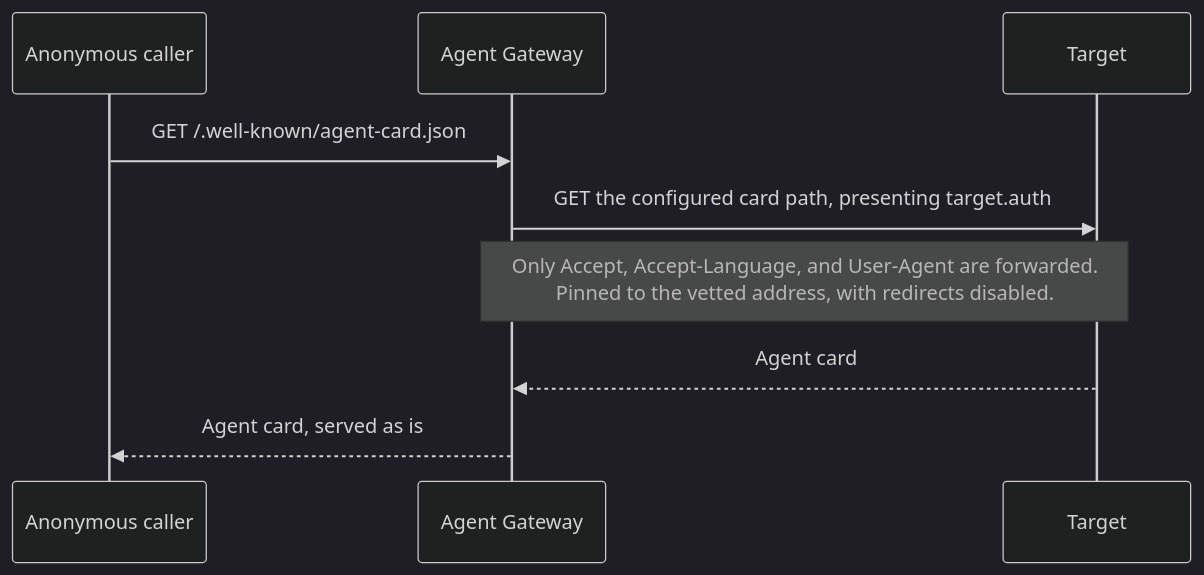
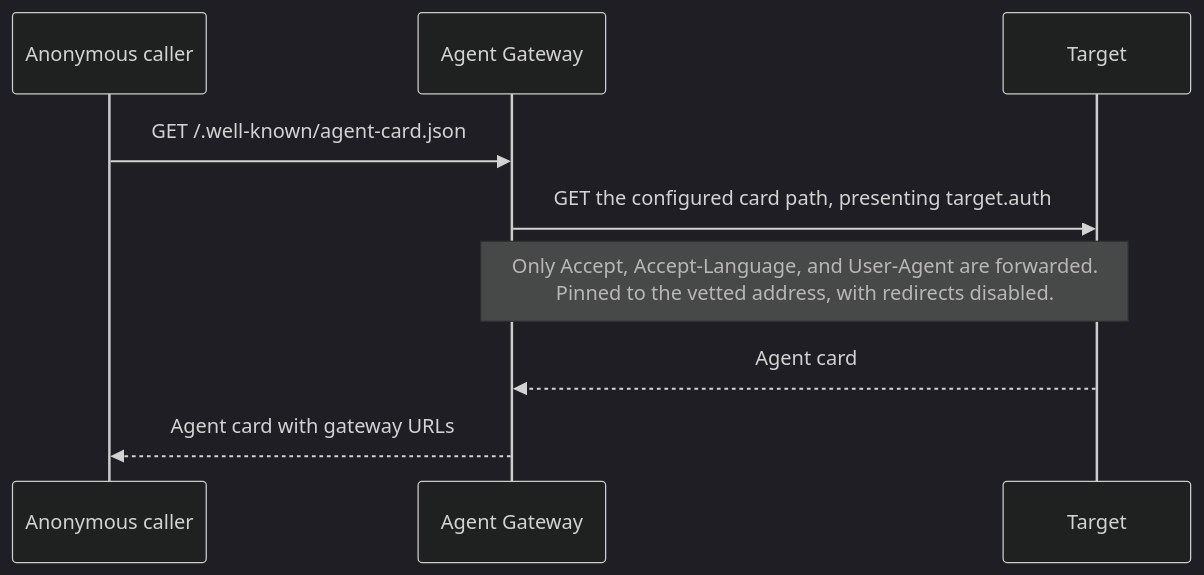
One commit to affinidi-ai/agent-gateway changed the diagram in docs/PROTOCOLS.md. Above: the diagram before and after it, drawn with Mermaid (dark theme). The commit also changed other lines of this file and 53 other files, not shown here.

````diff
--- a/docs/PROTOCOLS.md
+++ b/docs/PROTOCOLS.md
@@ -45,11 +45,11 @@
 ```mermaid
 sequenceDiagram
     participant C as Anonymous caller
     participant G as Agent Gateway
     participant T as Target
     C->>G: GET /.well-known/agent-card.json
     G->>T: GET the configured card path, presenting target.auth
     Note over G,T: Only Accept, Accept-Language, and User-Agent are forwarded.<br/>Pinned to the vetted address, with redirects disabled.
     T-->>G: Agent card
-    G-->>C: Agent card, served as is
+    G-->>C: Agent card with gateway URLs
 ```
````
